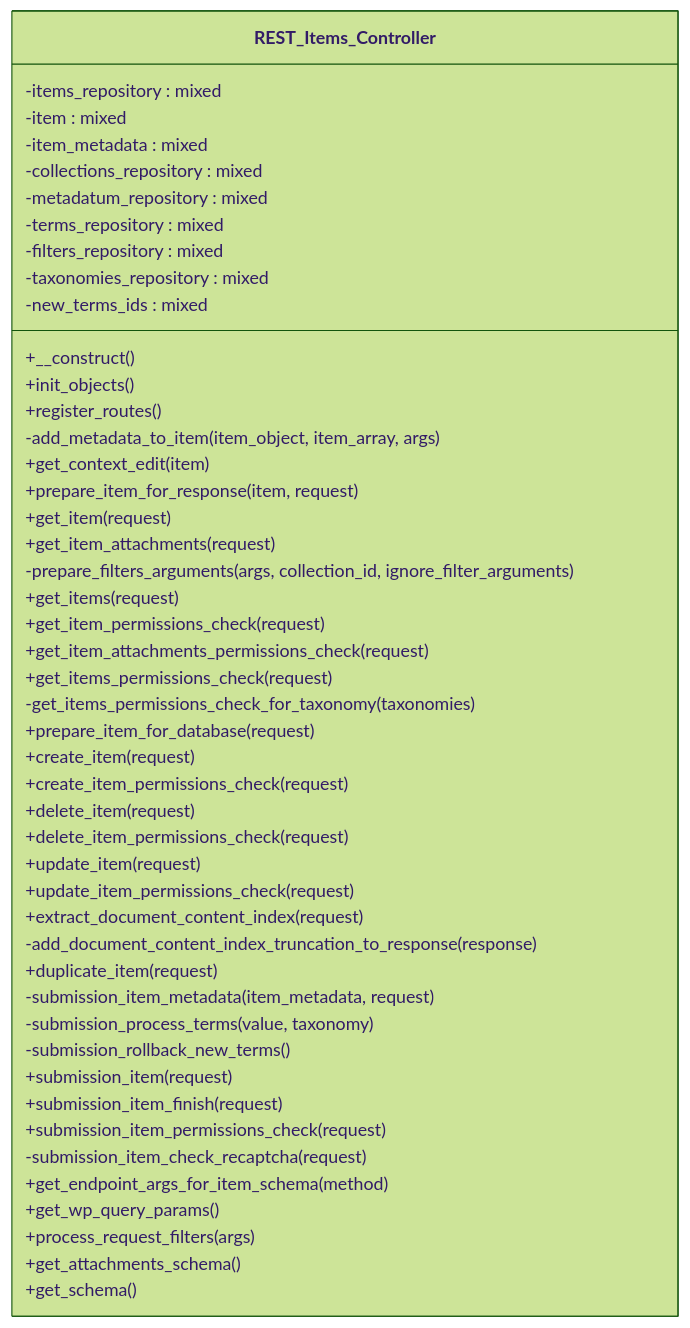
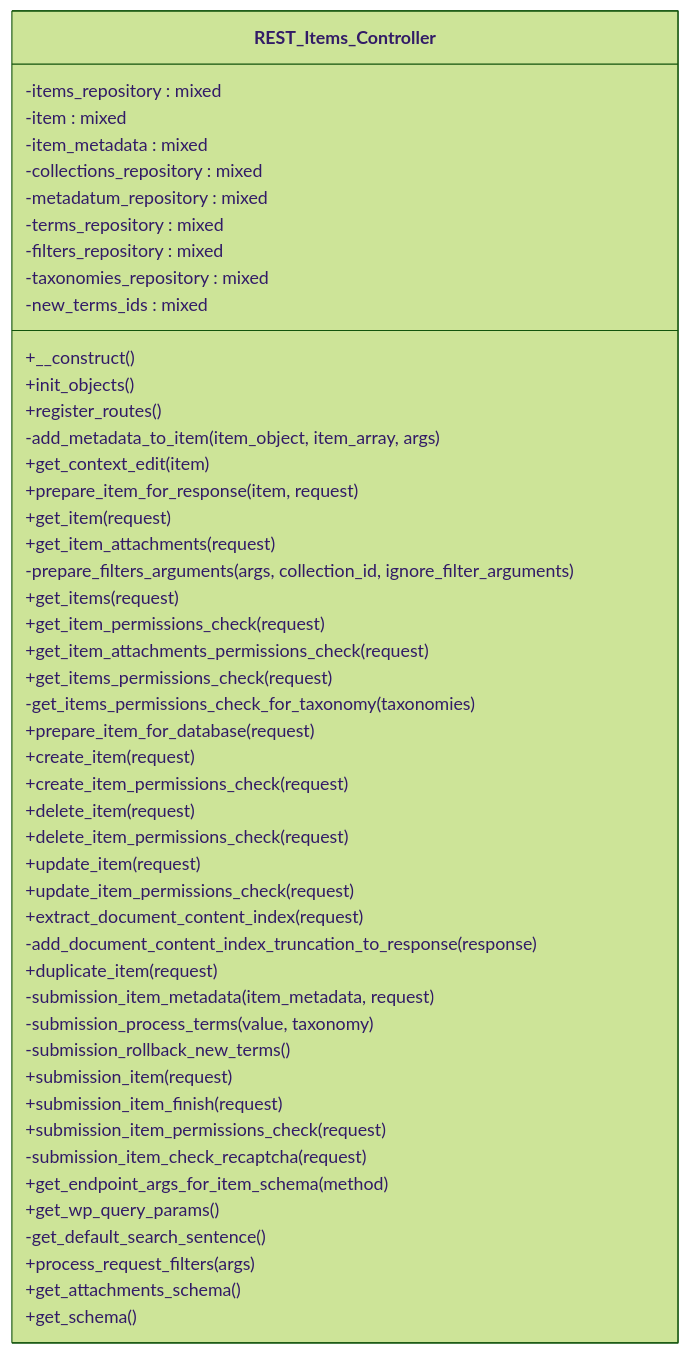
The diagram in docs/phpdoc/classes/Tainacan/API/EndPoints/REST_Items_Controller.md (tainacan/tainacan), drawn with Mermaid (forest theme) before and after one commit. The commit also changed other lines of this file and 97 other files, not shown here.

````diff
--- a/docs/phpdoc/classes/Tainacan/API/EndPoints/REST_Items_Controller.md
+++ b/docs/phpdoc/classes/Tainacan/API/EndPoints/REST_Items_Controller.md
@@ -15,51 +15,52 @@
 ```mermaid
 classDiagram
     direction TB
     class REST_Items_Controller {
         -items_repository : mixed
         -item : mixed
         -item_metadata : mixed
         -collections_repository : mixed
         -metadatum_repository : mixed
         -terms_repository : mixed
         -filters_repository : mixed
         -taxonomies_repository : mixed
         -new_terms_ids : mixed
         +__construct()
         +init_objects()
         +register_routes()
         -add_metadata_to_item(item_object, item_array, args)
         +get_context_edit(item)
         +prepare_item_for_response(item, request)
         +get_item(request)
         +get_item_attachments(request)
         -prepare_filters_arguments(args, collection_id, ignore_filter_arguments)
         +get_items(request)
         +get_item_permissions_check(request)
         +get_item_attachments_permissions_check(request)
         +get_items_permissions_check(request)
         -get_items_permissions_check_for_taxonomy(taxonomies)
         +prepare_item_for_database(request)
         +create_item(request)
         +create_item_permissions_check(request)
         +delete_item(request)
         +delete_item_permissions_check(request)
         +update_item(request)
         +update_item_permissions_check(request)
         +extract_document_content_index(request)
         -add_document_content_index_truncation_to_response(response)
         +duplicate_item(request)
         -submission_item_metadata(item_metadata, request)
         -submission_process_terms(value, taxonomy)
         -submission_rollback_new_terms()
         +submission_item(request)
         +submission_item_finish(request)
         +submission_item_permissions_check(request)
         -submission_item_check_recaptcha(request)
         +get_endpoint_args_for_item_schema(method)
         +get_wp_query_params()
+        -get_default_search_sentence()
         +process_request_filters(args)
         +get_attachments_schema()
         +get_schema()
     }
 ```
````
